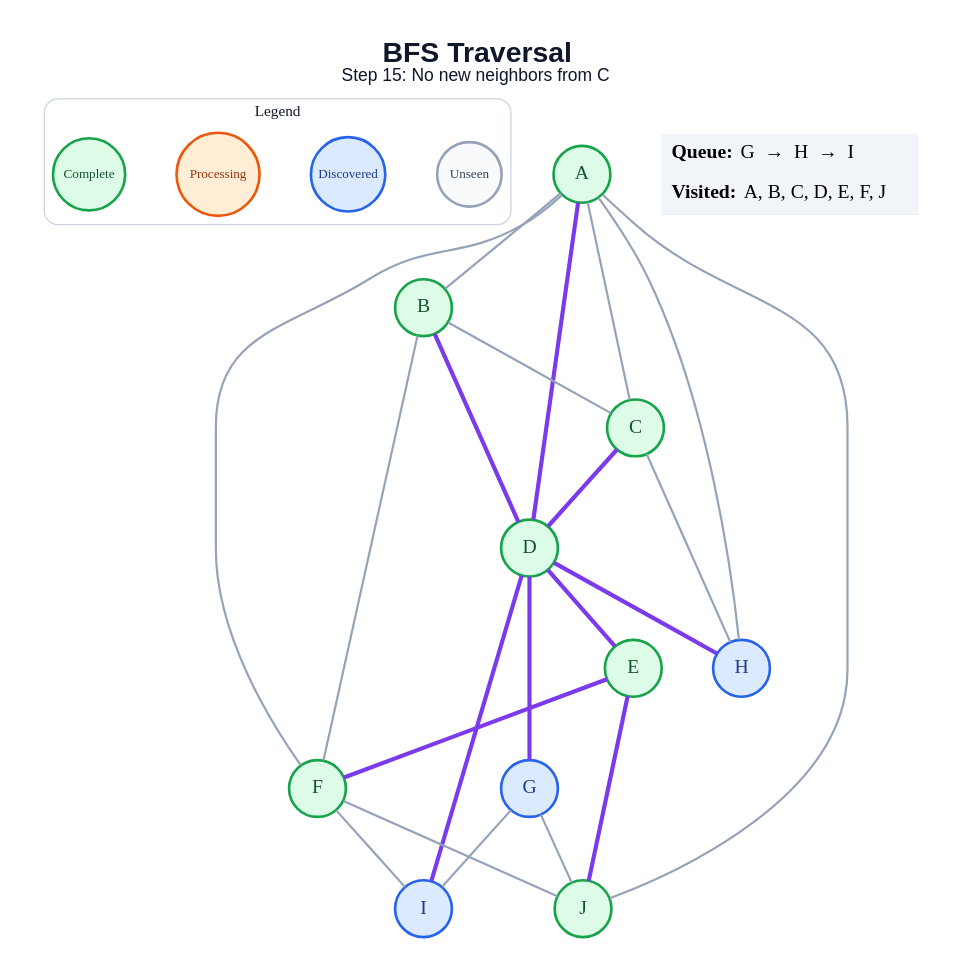
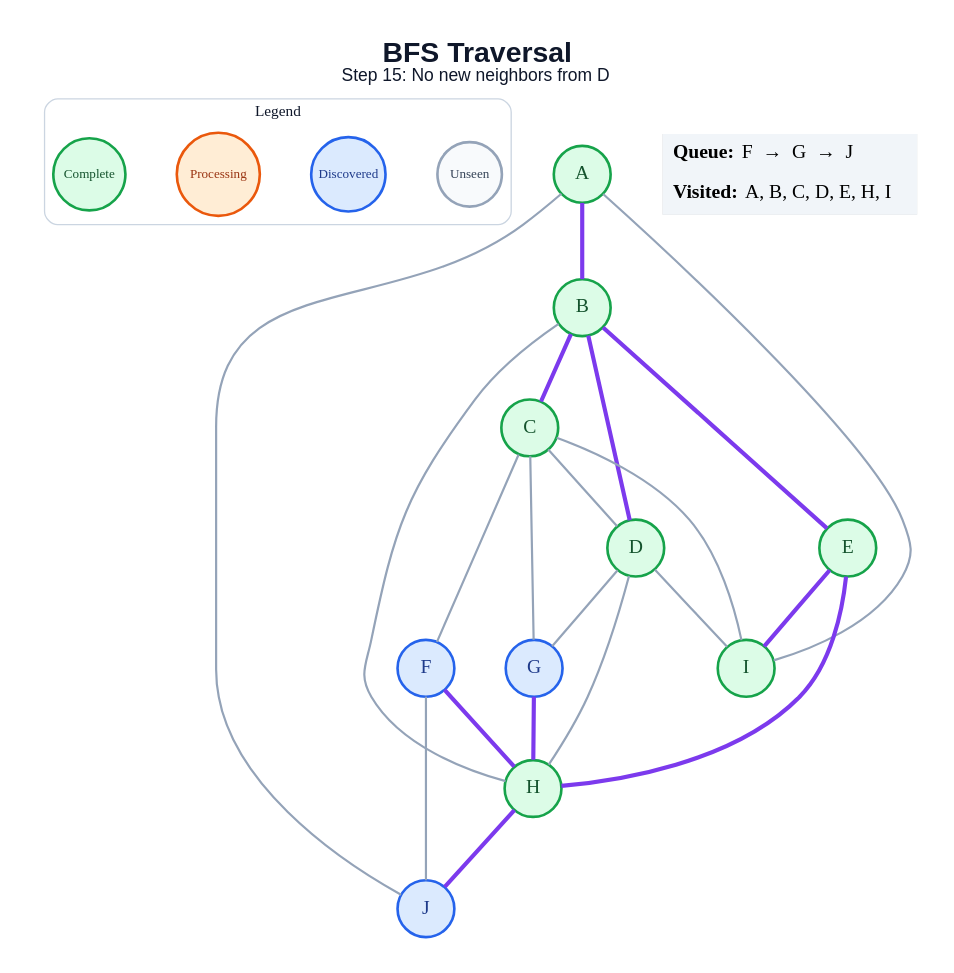
The diagram in generated/specific-node/bfs/step_15.dot (amanghodawala9/ai-slop), drawn with Graphviz before and after one commit. The commit also changed 178 other files, not shown here.

```diff
--- a/generated/specific-node/bfs/step_15.dot
+++ b/generated/specific-node/bfs/step_15.dot
@@ -1,50 +1,49 @@
 graph traversal {
   graph [layout=dot, rankdir=TB, bgcolor="#FFFFFF", pad="0.35", nodesep="0.65", ranksep="0.8", fontname="Arial"];
   node [shape=circle, style="filled", fontname="Arial Bold", fontsize=18, width=0.72, fixedsize=true, penwidth=2.4];
   edge [color="#94A3B8", penwidth=2.0];
-  label=<<B>BFS Traversal</B><BR/><FONT POINT-SIZE="16">Step 15: No new neighbors from C</FONT>>; labelloc="t"; fontsize=26; fontname="Arial"; fontcolor="#0F172A";
+  label=<<B>BFS Traversal</B><BR/><FONT POINT-SIZE="16">Step 15: No new neighbors from D</FONT>>; labelloc="t"; fontsize=26; fontname="Arial"; fontcolor="#0F172A";
   subgraph cluster_legend { label="Legend"; color="#CBD5E1"; penwidth=1.2; style="rounded"; fontsize=14; fontname="Arial Bold";
     key_unseen [label="Unseen", fillcolor="#F8FAFC", color="#94A3B8", fontcolor="#334155", fontsize=12, width=0.82];
     key_frontier [label="Discovered", fillcolor="#DBEAFE", color="#2563EB", fontcolor="#1E3A8A", fontsize=12, width=0.95];
     key_current [label="Processing", fillcolor="#FFEDD5", color="#EA580C", fontcolor="#9A3412", fontsize=12, width=1.05];
     key_done [label="Complete", fillcolor="#DCFCE7", color="#16A34A", fontcolor="#14532D", fontsize=12, width=0.92];
     { rank=same; key_unseen; key_frontier; key_current; key_done; }
   }
   A [fillcolor="#DCFCE7", color="#16A34A", fontcolor="#14532D"];
   B [fillcolor="#DCFCE7", color="#16A34A", fontcolor="#14532D"];
   C [fillcolor="#DCFCE7", color="#16A34A", fontcolor="#14532D"];
   D [fillcolor="#DCFCE7", color="#16A34A", fontcolor="#14532D"];
   E [fillcolor="#DCFCE7", color="#16A34A", fontcolor="#14532D"];
-  F [fillcolor="#DCFCE7", color="#16A34A", fontcolor="#14532D"];
+  F [fillcolor="#DBEAFE", color="#2563EB", fontcolor="#1E3A8A"];
   G [fillcolor="#DBEAFE", color="#2563EB", fontcolor="#1E3A8A"];
-  H [fillcolor="#DBEAFE", color="#2563EB", fontcolor="#1E3A8A"];
-  I [fillcolor="#DBEAFE", color="#2563EB", fontcolor="#1E3A8A"];
-  J [fillcolor="#DCFCE7", color="#16A34A", fontcolor="#14532D"];
-  A -- B;
-  A -- C;
-  A -- D [color="#7C3AED", penwidth=3.8];
-  A -- F;
-  A -- H;
+  H [fillcolor="#DCFCE7", color="#16A34A", fontcolor="#14532D"];
+  I [fillcolor="#DCFCE7", color="#16A34A", fontcolor="#14532D"];
+  J [fillcolor="#DBEAFE", color="#2563EB", fontcolor="#1E3A8A"];
+  A -- B [color="#7C3AED", penwidth=3.8];
+  A -- I;
   A -- J;
-  B -- C;
+  B -- C [color="#7C3AED", penwidth=3.8];
   B -- D [color="#7C3AED", penwidth=3.8];
-  B -- F;
-  C -- D [color="#7C3AED", penwidth=3.8];
-  C -- H;
-  D -- E [color="#7C3AED", penwidth=3.8];
-  D -- G [color="#7C3AED", penwidth=3.8];
-  D -- H [color="#7C3AED", penwidth=3.8];
-  D -- I [color="#7C3AED", penwidth=3.8];
-  E -- F [color="#7C3AED", penwidth=3.8];
-  E -- J [color="#7C3AED", penwidth=3.8];
-  F -- I;
+  B -- E [color="#7C3AED", penwidth=3.8];
+  B -- H;
+  C -- D;
+  C -- F;
+  C -- G;
+  C -- I;
+  D -- G;
+  D -- H;
+  D -- I;
+  E -- H [color="#7C3AED", penwidth=3.8];
+  E -- I [color="#7C3AED", penwidth=3.8];
+  F -- H [color="#7C3AED", penwidth=3.8];
   F -- J;
-  G -- I;
-  G -- J;
+  G -- H [color="#7C3AED", penwidth=3.8];
+  H -- J [color="#7C3AED", penwidth=3.8];
   status [shape=plain, fixedsize=false, width=0, height=0, margin=0, label=<
     <TABLE BORDER="0" CELLBORDER="0" CELLPADDING="7" BGCOLOR="#F1F5F9">
-      <TR><TD ALIGN="LEFT"><B>Queue:</B> G  →  H  →  I</TD></TR>
-      <TR><TD ALIGN="LEFT"><B>Visited:</B> A, B, C, D, E, F, J</TD></TR>
+      <TR><TD ALIGN="LEFT"><B>Queue:</B> F  →  G  →  J</TD></TR>
+      <TR><TD ALIGN="LEFT"><B>Visited:</B> A, B, C, D, E, H, I</TD></TR>
     </TABLE>
   >];
 }
```
